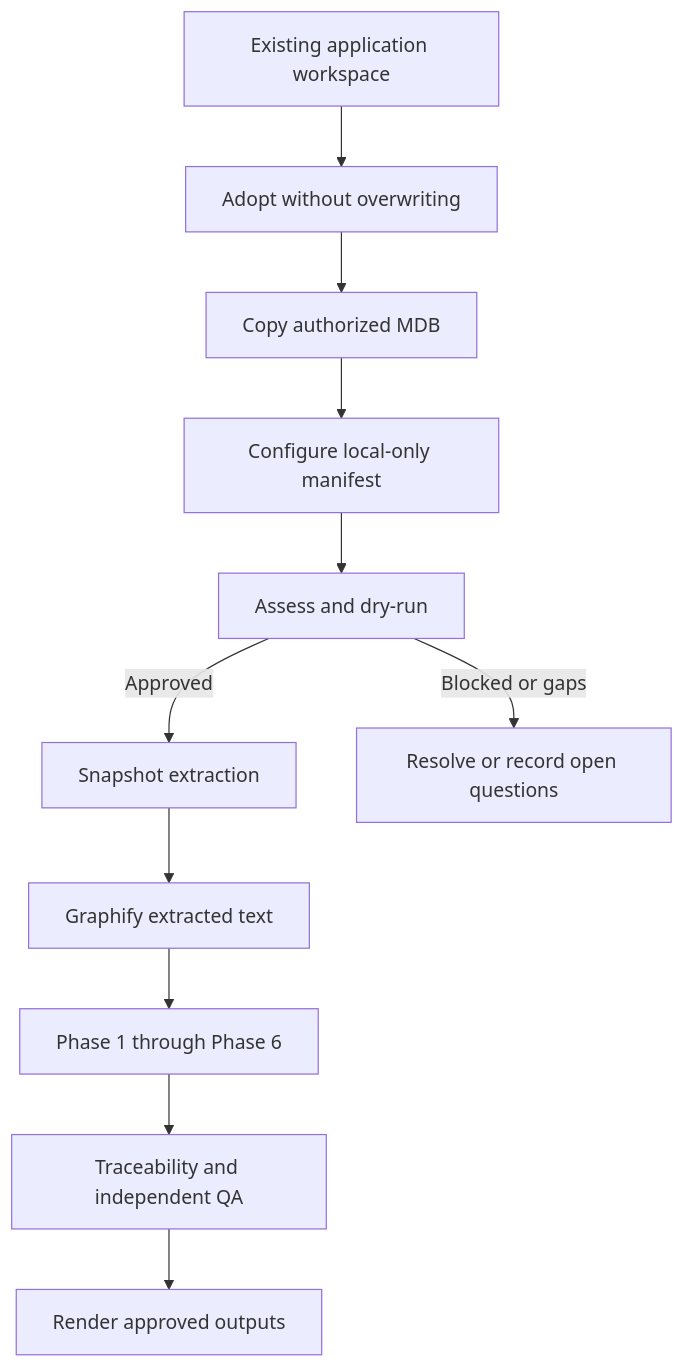
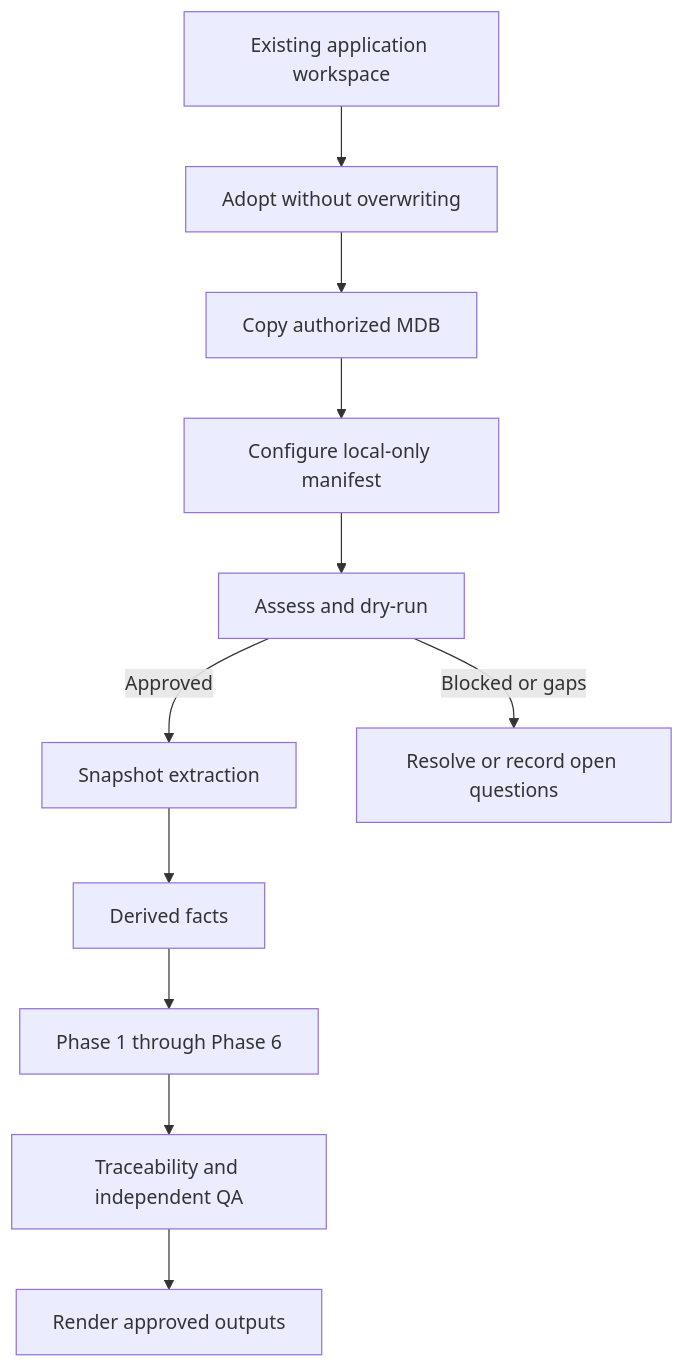
Before and after one commit to tuanvtanrakutei/access-modernization-kit: the diagram in docs/first-access-mdb-investigation.md, drawn with Mermaid. The commit also changed other lines of this file and 48 other files, not shown here.

````diff
--- a/docs/first-access-mdb-investigation.md
+++ b/docs/first-access-mdb-investigation.md
@@ -165,13 +167,13 @@
 ```mermaid
 flowchart TD
     A[Existing application workspace] --> B[Adopt without overwriting]
     B --> C[Copy authorized MDB]
     C --> D[Configure local-only manifest]
     D --> E[Assess and dry-run]
     E -->|Approved| F[Snapshot extraction]
     E -->|Blocked or gaps| G[Resolve or record open questions]
-    F --> H[Graphify extracted text]
+    F --> H[Derived facts]
     H --> I[Phase 1 through Phase 6]
     I --> J[Traceability and independent QA]
     J --> K[Render approved outputs]
 ```
````
